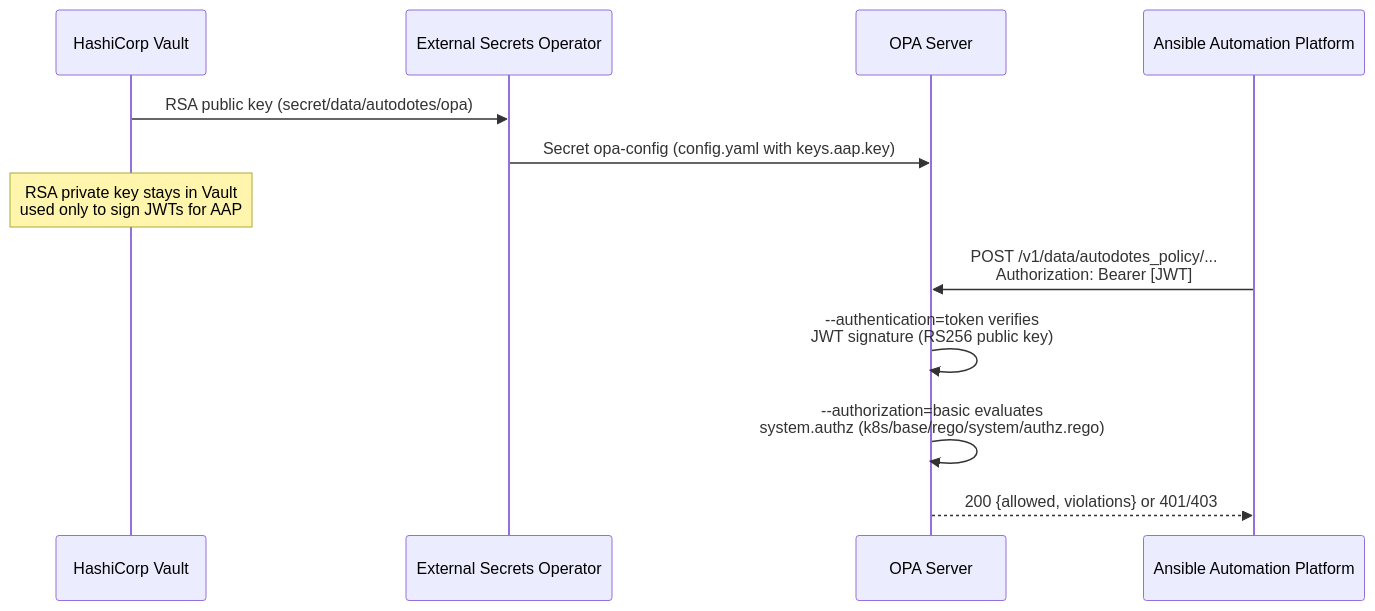
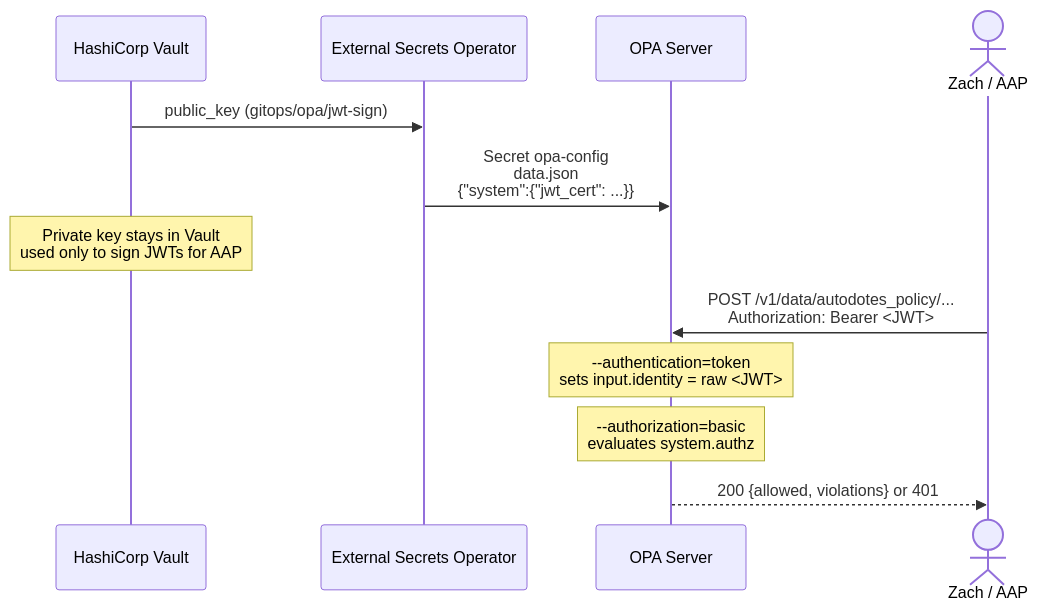
One commit to zjleblanc/autodotes-policy changed the diagram in docs/opa-authentication.md. Above: the diagram before and after it, drawn with Mermaid. The commit also changed other lines of this file and 3 other files, not shown here.

````diff
--- a/docs/opa-authentication.md
+++ b/docs/opa-authentication.md
@@ -23,15 +23,15 @@
 ```mermaid
 sequenceDiagram
     participant Vault as HashiCorp Vault
     participant ESO as External Secrets Operator
     participant OPA as OPA Server
-    participant AAP as Ansible Automation Platform
+    actor User as Zach / AAP
 
-    Vault->>ESO: RSA public key (secret/data/autodotes/opa)
-    ESO->>OPA: Secret opa-config (config.yaml with keys.aap.key)
-    Note over Vault: RSA private key stays in Vault<br/>used only to sign JWTs for AAP
-    AAP->>OPA: POST /v1/data/autodotes_policy/...<br/>Authorization: Bearer [JWT]
-    OPA->>OPA: --authentication=token verifies<br/>JWT signature (RS256 public key)
-    OPA->>OPA: --authorization=basic evaluates<br/>system.authz (k8s/base/rego/system/authz.rego)
-    OPA-->>AAP: 200 {allowed, violations} or 401/403
+    Vault->>ESO: public_key (gitops/opa/jwt-sign)
+    ESO->>OPA: Secret opa-config<br/>data.json<br/>{"system":{"jwt_cert": ...}}
+    Note over Vault: Private key stays in Vault<br/>used only to sign JWTs for AAP
+    User->>OPA: POST /v1/data/autodotes_policy/...<br/>Authorization: Bearer <JWT>
+    Note over OPA: --authentication=token<br/>sets input.identity = raw <JWT>
+    Note over OPA: --authorization=basic<br/>evaluates system.authz
+    OPA-->>User: 200 {allowed, violations} or 401
 ```
````
